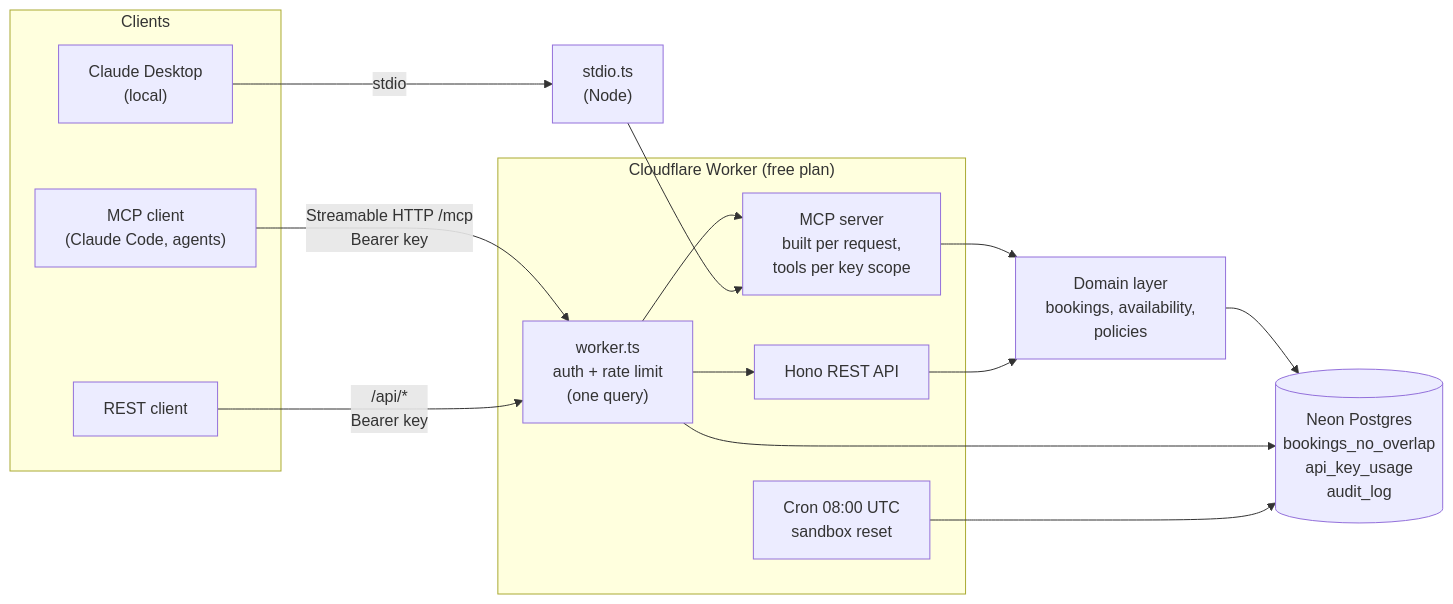
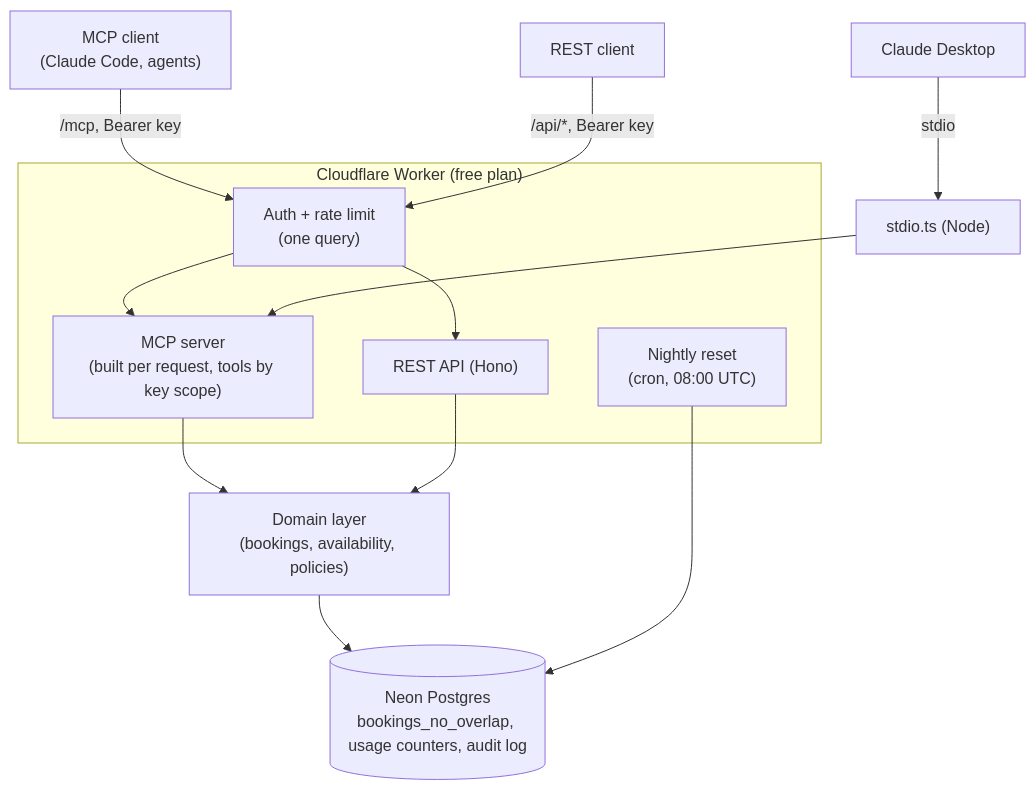
Before and after one commit to Azeem-Subhani/booking-mcp: the diagram in README.md, drawn with Mermaid.

Commit message:
Simplify architecture diagram so it fits GitHub's renderer

````diff
--- a/README.md
+++ b/README.md
@@ -28,31 +28,28 @@
 ```mermaid
-flowchart LR
-  subgraph Clients
-    A["MCP client<br/>(Claude Code, agents)"]
-    D["Claude Desktop<br/>(local)"]
-    R[REST client]
+flowchart TB
+  client["MCP client<br/>(Claude Code, agents)"]
+  rest["REST client"]
+  desktop["Claude Desktop"]
+
+  subgraph worker["Cloudflare Worker (free plan)"]
+    auth["Auth + rate limit<br/>(one query)"]
+    mcp["MCP server<br/>(built per request, tools by key scope)"]
+    api["REST API (Hono)"]
+    cron["Nightly reset<br/>(cron, 08:00 UTC)"]
   end
 
-  subgraph CF["Cloudflare Worker (free plan)"]
-    W["worker.ts<br/>auth + rate limit<br/>(one query)"]
-    M["MCP server<br/>built per request,<br/>tools per key scope"]
-    H[Hono REST API]
-    C["Cron 08:00 UTC<br/>sandbox reset"]
-  end
+  stdio["stdio.ts (Node)"]
+  domain["Domain layer<br/>(bookings, availability, policies)"]
+  pg[("Neon Postgres<br/>bookings_no_overlap, usage counters, audit log")]
 
-  S["stdio.ts<br/>(Node)"]
-  DOM["Domain layer<br/>bookings, availability,<br/>policies"]
-  PG[("Neon Postgres<br/>bookings_no_overlap<br/>api_key_usage<br/>audit_log")]
-
-  A -- "Streamable HTTP /mcp<br/>Bearer key" --> W
-  R -- "/api/*<br/>Bearer key" --> W
-  D -- stdio --> S
-  W --> M
-  W --> H
-  M --> DOM
-  H --> DOM
-  S --> M
-  DOM --> PG
-  W --> PG
-  C --> PG
+  client -- "/mcp, Bearer key" --> auth
+  rest -- "/api/*, Bearer key" --> auth
+  auth --> mcp
+  auth --> api
+  desktop -- stdio --> stdio
+  stdio --> mcp
+  mcp --> domain
+  api --> domain
+  domain --> pg
+  cron --> pg
 ```
````
